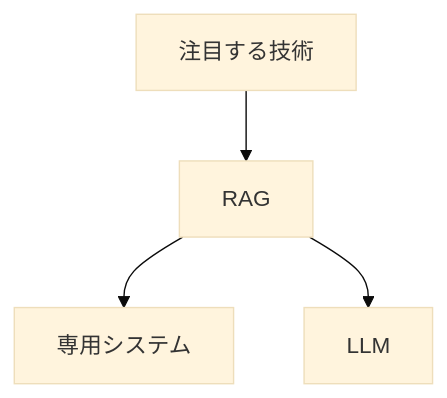
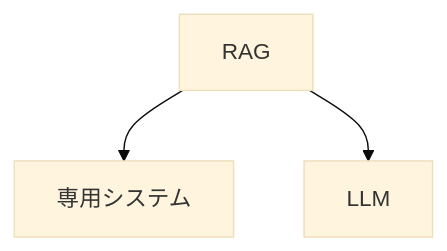
One commit to SparklingDetergent/doc_genai_Proposal_for_introducing_generative_AI_with_emphasis_on_safety changed the seventh of 11 diagrams in README.md. Above: the diagram before and after it, drawn with Mermaid (base theme). The commit also changed other lines of this file, not shown here.

````diff
--- a/README.md
+++ b/README.md
@@ -277,6 +277,6 @@
 ```mermaid
 graph TD;
-    A[注目する技術] --> B[RAG];
+    B[RAG];
     B --> C[専用システム];
     B --> D[LLM];
 ```
````
